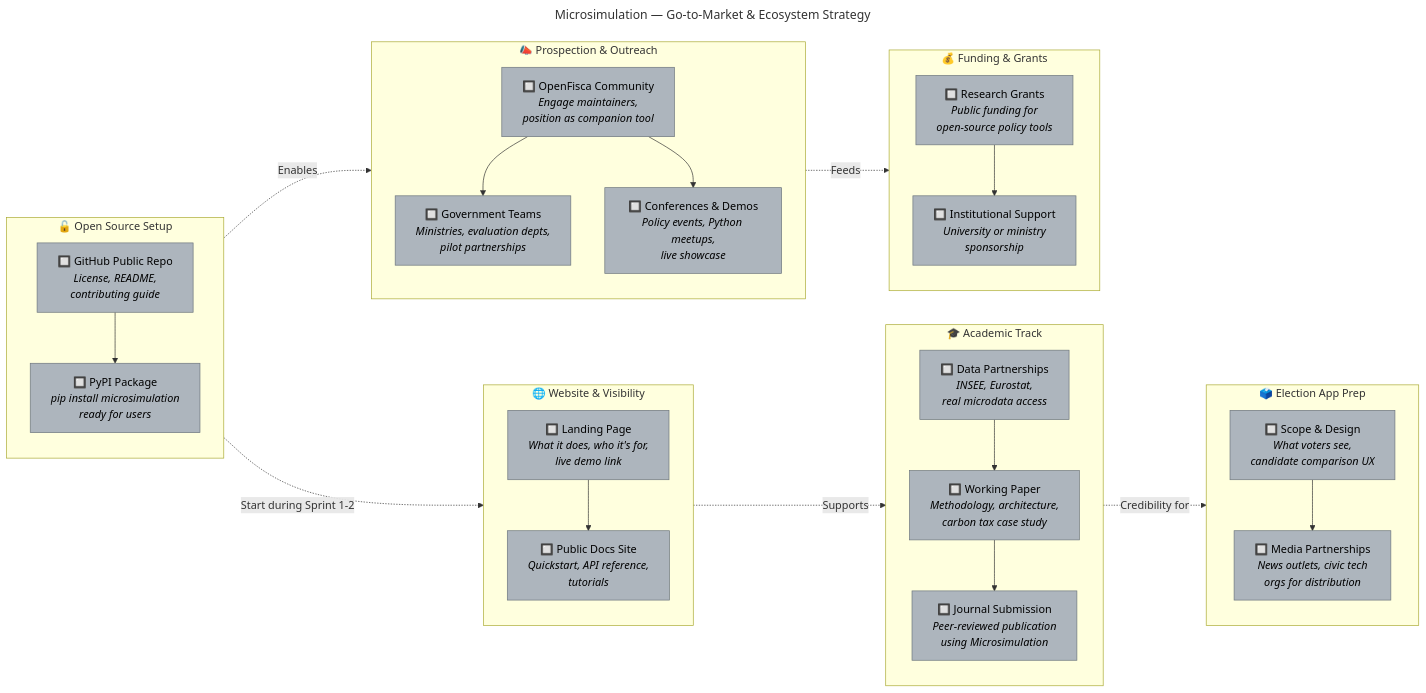
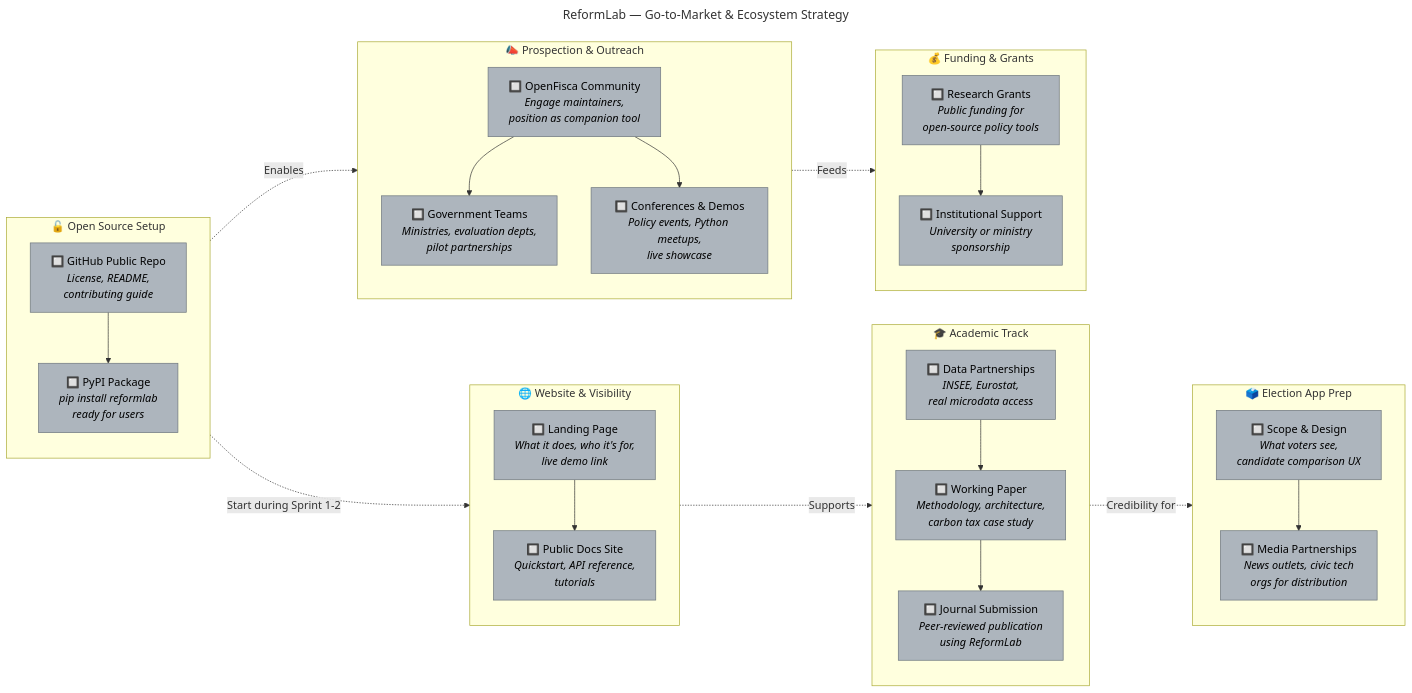
The diagram in _bmad-output/roadmap/go-to-market-and-ecosystem-strategy-2026-02-25.md (reformlab/ReformLab), drawn with Mermaid before and after one commit. The commit also changed other lines of this file and 14 other files, not shown here.

First line of the commit message:
Rename Microsimulation to ReformLab across all project files

````diff
--- a/_bmad-output/roadmap/go-to-market-and-ecosystem-strategy-2026-02-25.md
+++ b/_bmad-output/roadmap/go-to-market-and-ecosystem-strategy-2026-02-25.md
@@ -17,59 +17,59 @@
 ```mermaid
 ---
-title: Microsimulation — Go-to-Market & Ecosystem Strategy
+title: ReformLab — Go-to-Market & Ecosystem Strategy
 ---
 flowchart LR
     classDef upcoming fill:#adb5bd,stroke:#6c757d,color:#000
 
     subgraph OSS ["🔓 Open Source Setup"]
         direction TB
         GH["🔲 GitHub Public Repo<br><i>License, README,<br>contributing guide</i>"]:::upcoming
-        PYPI["🔲 PyPI Package<br><i>pip install microsimulation<br>ready for users</i>"]:::upcoming
+        PYPI["🔲 PyPI Package<br><i>pip install reformlab<br>ready for users</i>"]:::upcoming
         GH --> PYPI
     end
 
     subgraph WEB ["🌐 Website & Visibility"]
         direction TB
         LAND["🔲 Landing Page<br><i>What it does, who it's for,<br>live demo link</i>"]:::upcoming
         DOCS["🔲 Public Docs Site<br><i>Quickstart, API reference,<br>tutorials</i>"]:::upcoming
         LAND --> DOCS
     end
 
     subgraph OUT ["📣 Prospection & Outreach"]
         direction TB
         OF["🔲 OpenFisca Community<br><i>Engage maintainers,<br>position as companion tool</i>"]:::upcoming
         GOV["🔲 Government Teams<br><i>Ministries, evaluation depts,<br>pilot partnerships</i>"]:::upcoming
         CONF["🔲 Conferences & Demos<br><i>Policy events, Python meetups,<br>live showcase</i>"]:::upcoming
         OF --> GOV
         OF --> CONF
     end
 
     subgraph ACA ["🎓 Academic Track"]
         direction TB
         DATA["🔲 Data Partnerships<br><i>INSEE, Eurostat,<br>real microdata access</i>"]:::upcoming
         WP["🔲 Working Paper<br><i>Methodology, architecture,<br>carbon tax case study</i>"]:::upcoming
-        PEER["🔲 Journal Submission<br><i>Peer-reviewed publication<br>using Microsimulation</i>"]:::upcoming
+        PEER["🔲 Journal Submission<br><i>Peer-reviewed publication<br>using ReformLab</i>"]:::upcoming
         DATA --> WP
         WP --> PEER
     end
 
     subgraph FUND ["💰 Funding & Grants"]
         direction TB
         GRANT["🔲 Research Grants<br><i>Public funding for<br>open-source policy tools</i>"]:::upcoming
         INST["🔲 Institutional Support<br><i>University or ministry<br>sponsorship</i>"]:::upcoming
         GRANT --> INST
     end
 
     subgraph ELECT ["🗳️ Election App Prep"]
         direction TB
         SCOPE["🔲 Scope & Design<br><i>What voters see,<br>candidate comparison UX</i>"]:::upcoming
         PARTNER["🔲 Media Partnerships<br><i>News outlets, civic tech<br>orgs for distribution</i>"]:::upcoming
         SCOPE --> PARTNER
     end
 
     OSS -.->|"Start during Sprint 1-2"| WEB
     OSS -.->|"Enables"| OUT
     WEB -.->|"Supports"| ACA
     OUT -.->|"Feeds"| FUND
     ACA -.->|"Credibility for"| ELECT
 ```
````
